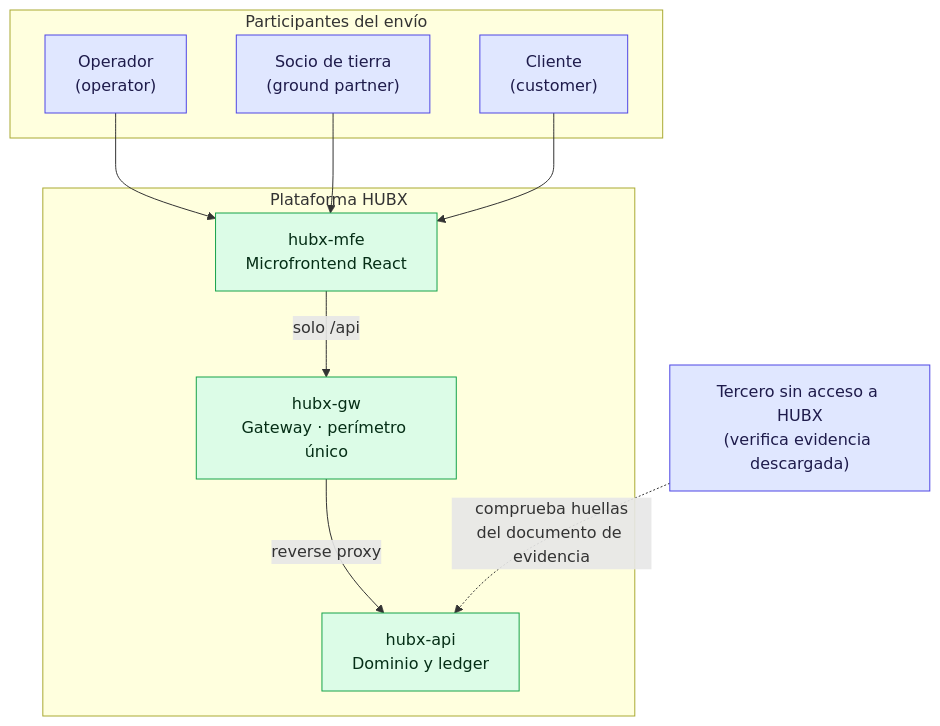
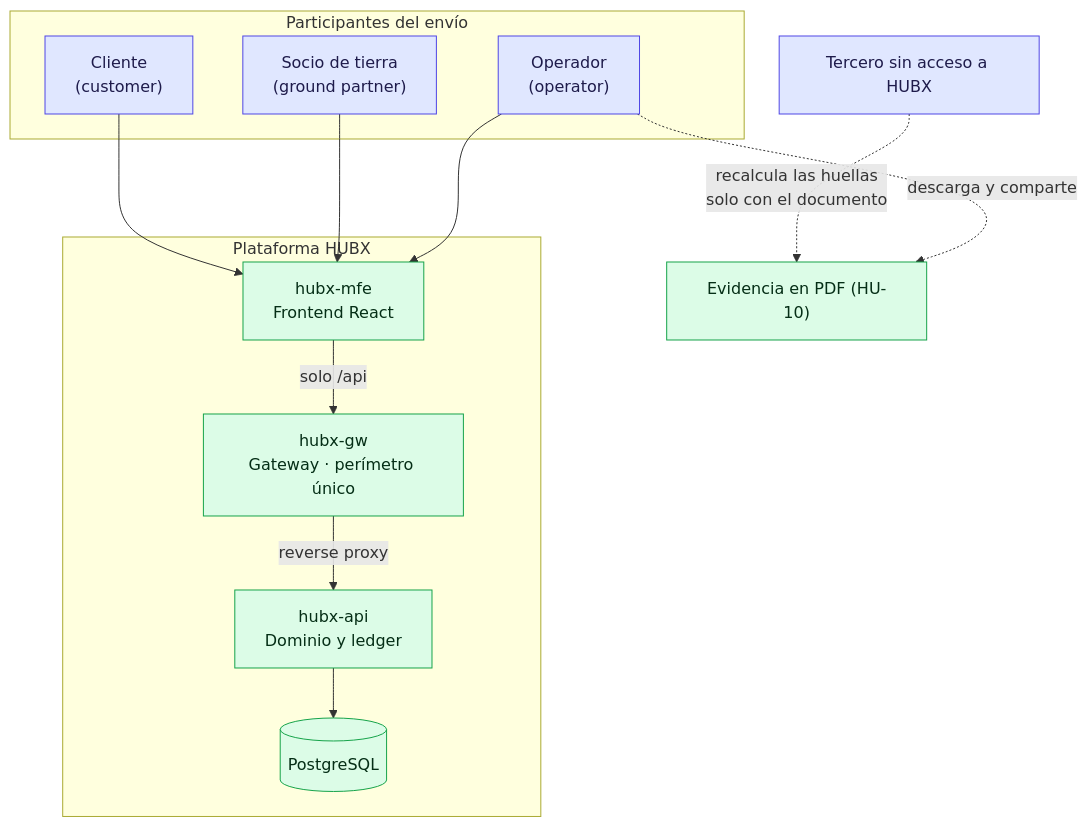
One commit to JairoHGomezCastillo/hubx changed the first of 2 diagrams in docs/diagramas/01-contexto.md. Above: the diagram before and after it, drawn with Mermaid. The commit also changed other lines of this file and 6 other files, not shown here.

Commit message:
[agent:hubx-lead] 011 update docs/diagramas to the current state

````diff
--- a/docs/diagramas/01-contexto.md
+++ b/docs/diagramas/01-contexto.md
@@ -9,28 +9,32 @@
 ```mermaid
 flowchart TB
     subgraph Actores["Participantes del envío"]
         OP["Operador<br/>(operator)"]
         GP["Socio de tierra<br/>(ground partner)"]
         CL["Cliente<br/>(customer)"]
     end
 
     subgraph HUBX["Plataforma HUBX"]
+        MFE["hubx-mfe<br/>Frontend React"]
         GW["hubx-gw<br/>Gateway · perímetro único"]
         API["hubx-api<br/>Dominio y ledger"]
-        MFE["hubx-mfe<br/>Microfrontend React"]
+        DB[("PostgreSQL")]
     end
 
-    TERCERO["Tercero sin acceso a HUBX<br/>(verifica evidencia descargada)"]
+    DOC["Evidencia en PDF (HU-10)"]
+    TERCERO["Tercero sin acceso a HUBX"]
 
     OP --> MFE
     GP --> MFE
     CL --> MFE
     MFE -->|"solo /api"| GW
     GW -->|"reverse proxy"| API
-    TERCERO -.->|"comprueba huellas<br/>del documento de evidencia"| API
+    API --> DB
+    OP -.->|"descarga y comparte"| DOC
+    TERCERO -.->|"recalcula las huellas<br/>solo con el documento"| DOC
 
     classDef actor fill:#e0e7ff,stroke:#4f46e5,color:#1e1b4b;
     classDef svc fill:#dcfce7,stroke:#16a34a,color:#052e16;
     class OP,GP,CL,TERCERO actor;
-    class GW,API,MFE svc;
+    class GW,API,MFE,DB,DOC svc;
 ```
````
